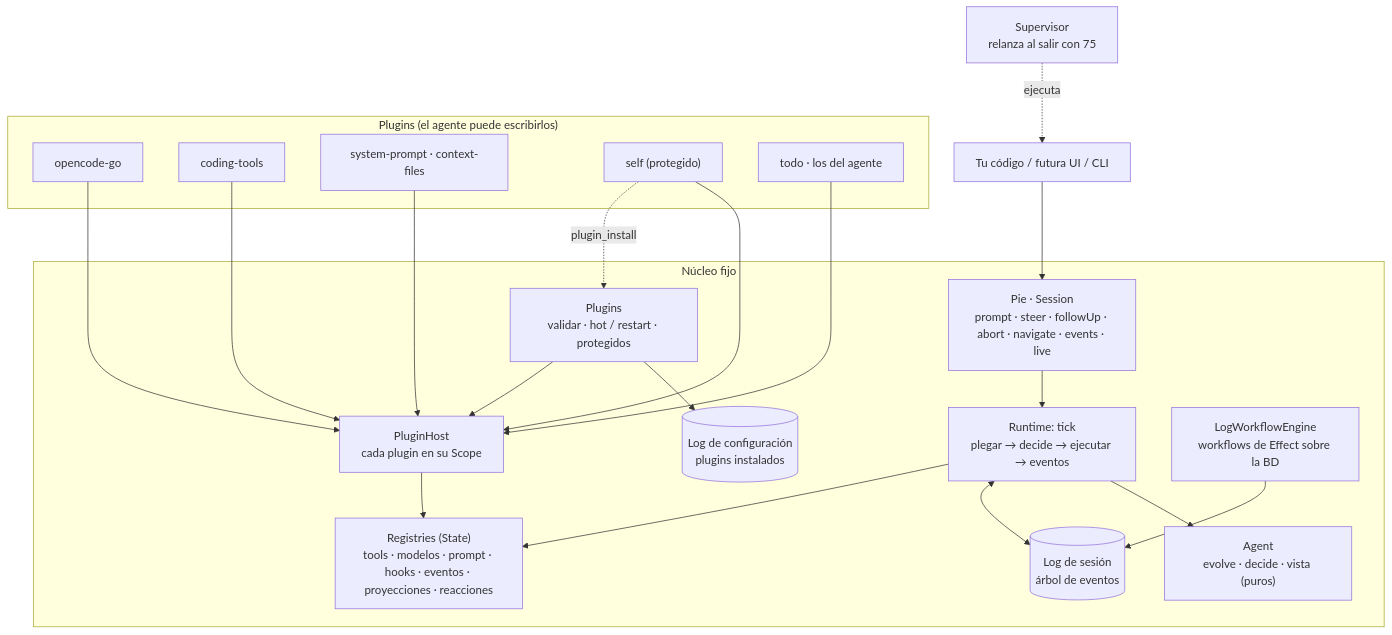
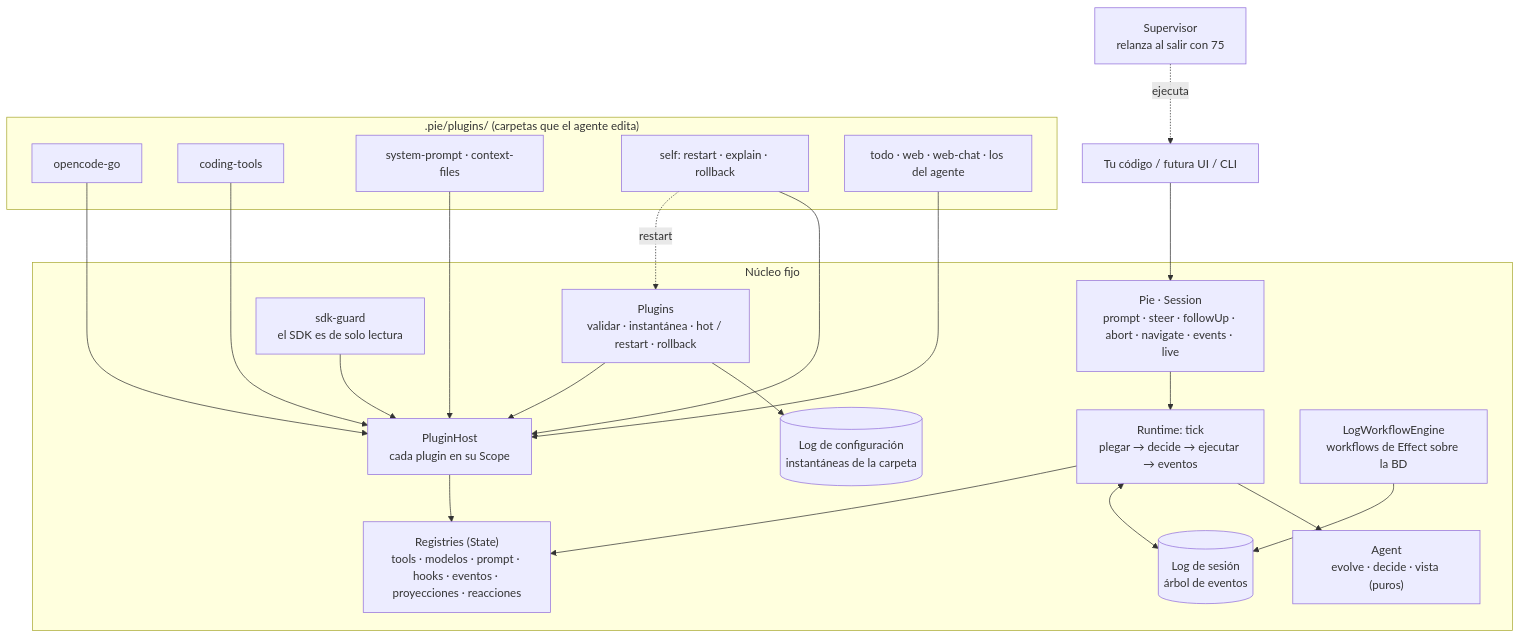
Before and after one commit to JavierDeDiegoGuzman/pie: the diagram in docs/diagramas/capas.mmd, drawn with Mermaid. The commit also changed 3 other files, not shown here.

Commit message:
docs: diagrams for plugin folders, restart and snapshots

```diff
--- a/docs/diagramas/capas.mmd
+++ b/docs/diagramas/capas.mmd
@@ -1,31 +1,33 @@
 flowchart TB
   host["Tu código / futura UI / CLI"]
   sup["Supervisor<br/>relanza al salir con 75"]
   subgraph CORE["Núcleo fijo"]
     api["Pie · Session<br/>prompt · steer · followUp · abort · navigate · events · live"]
     rt["Runtime: tick<br/>plegar → decide → ejecutar → eventos"]
     agent["Agent<br/>evolve · decide · vista (puros)"]
     log[("Log de sesión<br/>árbol de eventos")]
-    cfg[("Log de configuración<br/>plugins instalados")]
-    mgr["Plugins<br/>validar · hot / restart · protegidos"]
+    cfg[("Log de configuración<br/>instantáneas de la carpeta")]
+    mgr["Plugins<br/>validar · instantánea · hot / restart · rollback"]
+    guard["sdk-guard<br/>el SDK es de solo lectura"]
     reg["Registries (State)<br/>tools · modelos · prompt · hooks · eventos · proyecciones · reacciones"]
     host2["PluginHost<br/>cada plugin en su Scope"]
     wf["LogWorkflowEngine<br/>workflows de Effect sobre la BD"]
   end
-  subgraph PLUGINS["Plugins (el agente puede escribirlos)"]
+  subgraph PLUGINS[".pie/plugins/ (carpetas que el agente edita)"]
     p1["opencode-go"]
     p2["coding-tools"]
     p3["system-prompt · context-files"]
-    p4["self (protegido)"]
-    p5["todo · los del agente"]
+    p4["self: restart · explain · rollback"]
+    p5["todo · web · web-chat · los del agente"]
   end
   host --> api --> rt
   sup -. ejecuta .-> host
   rt --> agent
   rt <--> log
   mgr --> cfg
   mgr --> host2 --> reg
   rt --> reg
   p1 & p2 & p3 & p4 & p5 --> host2
-  p4 -. plugin_install .-> mgr
+  p4 -. restart .-> mgr
+  guard --> host2
   wf --> log
```
